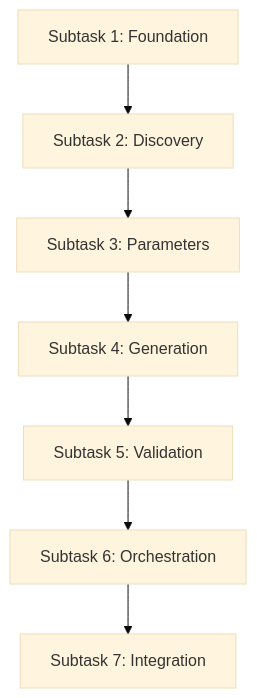
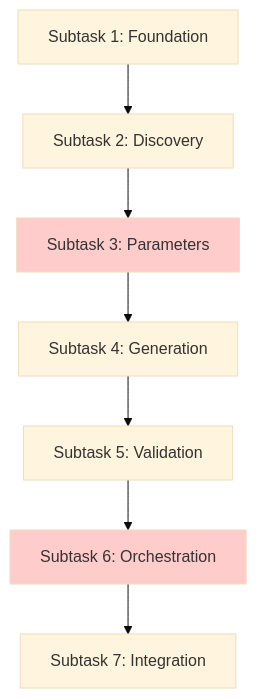
Before and after one commit to spinje/pflow: the diagram in .taskmaster/tasks/task_17/task-17-subtask-plan.md, drawn with Mermaid (base theme). The commit also changed other lines of this file and 2 other files, not shown here.

````diff
--- a/.taskmaster/tasks/task_17/task-17-subtask-plan.md
+++ b/.taskmaster/tasks/task_17/task-17-subtask-plan.md
@@ -200,9 +364,12 @@
 ```mermaid
 graph TD
     S1[Subtask 1: Foundation] --> S2[Subtask 2: Discovery]
-    S2 --> S5[Subtask 3: Parameters]
-    S5 --> S3[Subtask 4: Generation]
-    S3 --> S4[Subtask 5: Validation]
-    S4 --> S6[Subtask 6: Orchestration]
+    S2 --> S3[Subtask 3: Parameters]
+    S3 --> S4[Subtask 4: Generation]
+    S4 --> S5[Subtask 5: Validation]
+    S5 --> S6[Subtask 6: Orchestration]
     S6 --> S7[Subtask 7: Integration]
+
+    style S3 fill:#ffcccc
+    style S6 fill:#ffcccc
 ```
````
